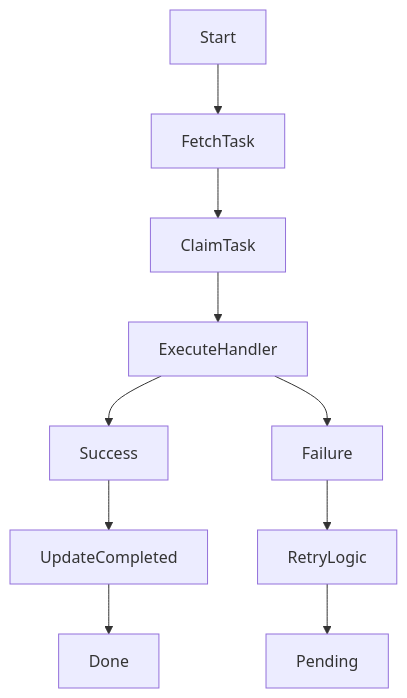
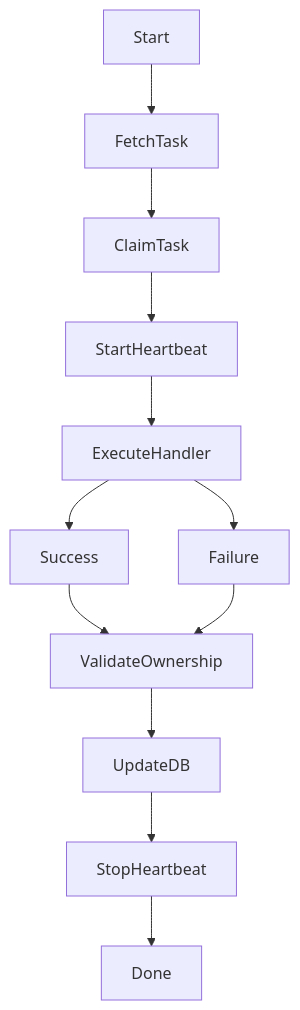
Before and after one commit to HVC640/Distributed-Task-Processing-Platform: diagram 11 of 12 in architecture-diagram.md, drawn with Mermaid. The commit also changed other lines of this file and 4 other files, not shown here.

Commit message:
Enhance system documentation and architecture diagrams; add README with project overview, features, and setup instructions

````diff
--- a/architecture-diagram.md
+++ b/architecture-diagram.md
@@ -381,29 +253,19 @@
 ```mermaid
-
 flowchart TD
 
+Start --> FetchTask
+FetchTask --> ClaimTask
+ClaimTask --> StartHeartbeat
 
-
-Start --> FetchTask
-
-FetchTask --> ClaimTask
-
-ClaimTask --> ExecuteHandler
+StartHeartbeat --> ExecuteHandler
 
 ExecuteHandler --> Success
-
 ExecuteHandler --> Failure
 
+Success --> ValidateOwnership
+Failure --> ValidateOwnership
 
-
-Success --> UpdateCompleted
-
-Failure --> RetryLogic
-
-
-
-RetryLogic --> Pending
-
-UpdateCompleted --> Done
-
+ValidateOwnership --> UpdateDB
+UpdateDB --> StopHeartbeat
+StopHeartbeat --> Done
 ```
````
